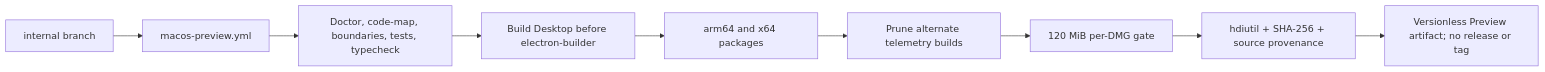
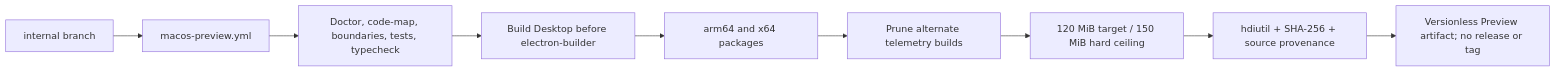
Before and after one commit to NSIETeam/otto-new: the fifth of 5 diagrams in docs/code-map.md, drawn with Mermaid. The commit also changed other lines of this file and 6 other files, not shown here.

````diff
--- a/docs/code-map.md
+++ b/docs/code-map.md
@@ -89,11 +89,11 @@
 ```mermaid
 flowchart LR
   Internal[internal branch] --> Workflow[macos-preview.yml]
   Workflow --> Audit[Doctor, code-map, boundaries, tests, typecheck]
   Audit --> Build[Build Desktop before electron-builder]
   Build --> Matrix[arm64 and x64 packages]
   Matrix --> Prune[Prune alternate telemetry builds]
-  Prune --> Gate[120 MiB per-DMG gate]
+  Prune --> Gate[120 MiB target / 150 MiB hard ceiling]
   Gate --> Verify[hdiutil + SHA-256 + source provenance]
   Verify --> Artifact[Versionless Preview artifact; no release or tag]
 ```
````
